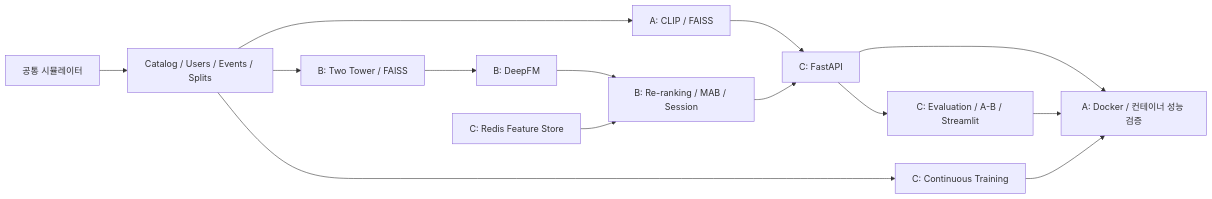
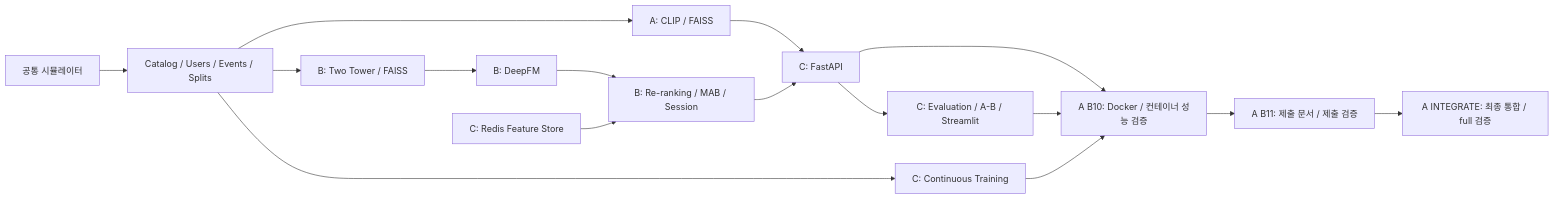
One commit to k-pang-2026/mm-recsys changed the diagram in README.md. Above: the diagram before and after it, drawn with Mermaid. The commit also changed 3 other files, not shown here.

First line of the commit message:
chore(shared): 제출 문서·검증을 A로 이관하고 README 다이어그램과 통합 순서 정비

````diff
--- a/README.md
+++ b/README.md
@@ -27,16 +27,18 @@
 ```mermaid
 flowchart LR
   Simulator[공통 시뮬레이터] --> Dataset[Catalog / Users / Events / Splits]
   Dataset --> Search[A: CLIP / FAISS]
   Dataset --> Candidate[B: Two Tower / FAISS]
   Candidate --> Ranking[B: DeepFM]
   Ranking --> Rerank[B: Re-ranking / MAB / Session]
   Store[C: Redis Feature Store] --> Rerank
   Search --> API[C: FastAPI]
   Rerank --> API
   API --> Dashboard[C: Evaluation / A-B / Streamlit]
   Dataset --> CT[C: Continuous Training]
-  API --> Docker[A: Docker / 컨테이너 성능 검증]
+  API --> Docker[A B10: Docker / 컨테이너 성능 검증]
   Dashboard --> Docker
   CT --> Docker
+  Docker --> Submission[A B11: 제출 문서 / 제출 검증]
+  Submission --> Integration[A INTEGRATE: 최종 통합 / full 검증]
 ```
````
